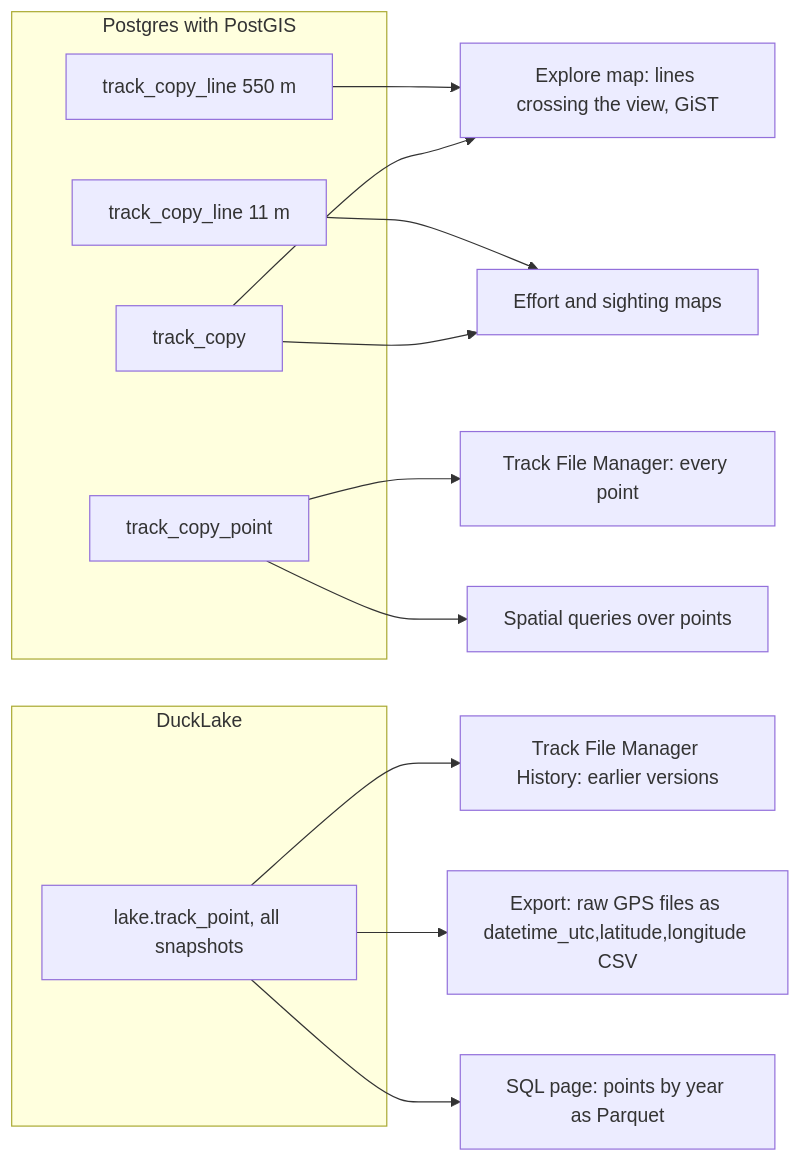
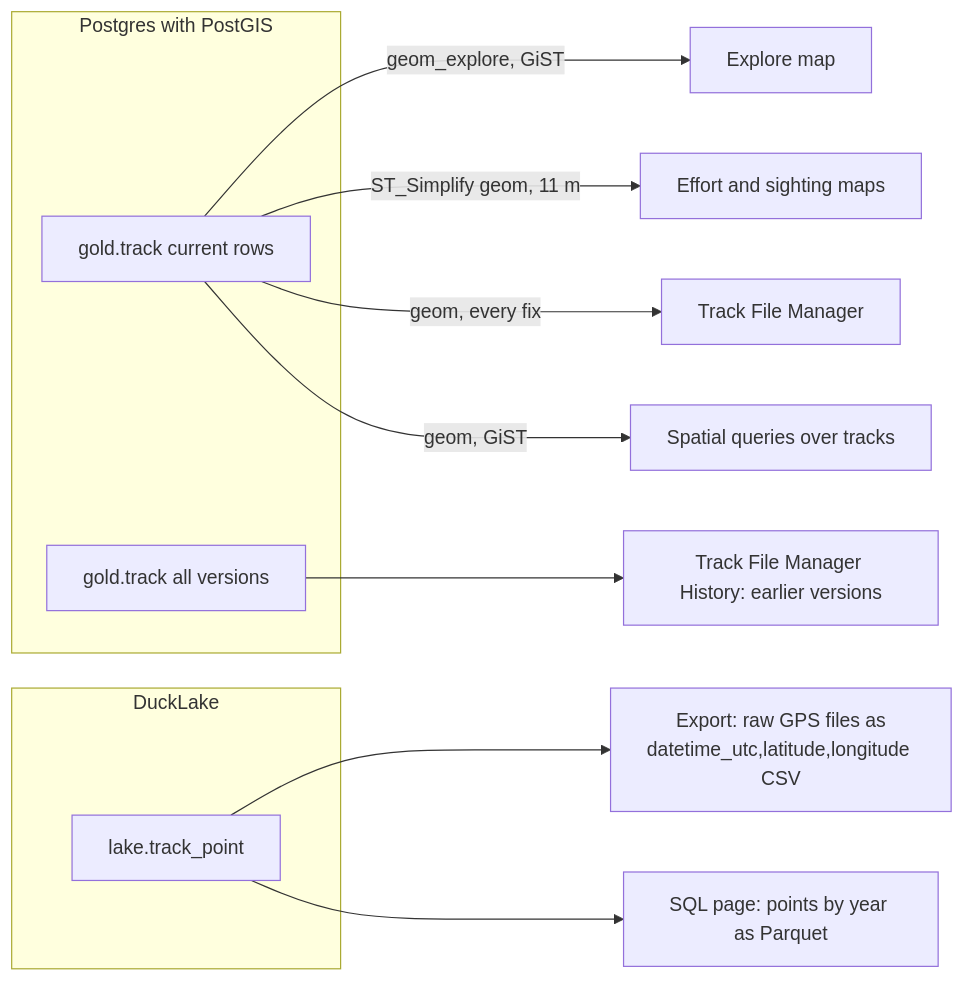
One commit to Boaxes/Cascadia-DB-V2 changed the second of 2 diagrams in docs/schema/ducklake.md. Above: the diagram before and after it, drawn with Mermaid. The commit also changed other lines of this file and 6 other files, not shown here.

Commit message:
Tracks: one MultiLineStringM row per track version; drop the three copy tables (Q-078)

````diff
--- a/docs/schema/ducklake.md
+++ b/docs/schema/ducklake.md
@@ -93,21 +95,17 @@
 ```mermaid
 flowchart LR
     subgraph Postgres with PostGIS
-        L[track_copy_line 550 m]
-        M[track_copy_line 11 m]
-        P[track_copy_point]
-        C[track_copy]
+        T[gold.track current rows]
+        V[gold.track all versions]
     end
     subgraph DuckLake
-        T[lake.track_point, all snapshots]
+        L[lake.track_point]
     end
-    L --> EX[Explore map: lines crossing the view, GiST]
-    M --> ED[Effort and sighting maps]
-    C --> EX
-    C --> ED
-    P --> TFM[Track File Manager: every point]
-    P --> SQ[Spatial queries over points]
-    T --> OLD[Track File Manager History: earlier versions]
-    T --> EXP[Export: raw GPS files as datetime_utc,latitude,longitude CSV]
-    T --> PQ[SQL page: points by year as Parquet]
+    T -- geom_explore, GiST --> EX[Explore map]
+    T -- ST_Simplify geom, 11 m --> ED[Effort and sighting maps]
+    T -- geom, every fix --> TFM[Track File Manager]
+    T -- geom, GiST --> SQ[Spatial queries over tracks]
+    V --> OLD[Track File Manager History: earlier versions]
+    L --> EXP[Export: raw GPS files as<br/>datetime_utc,latitude,longitude CSV]
+    L --> PQ[SQL page: points by year as Parquet]
 ```
````
